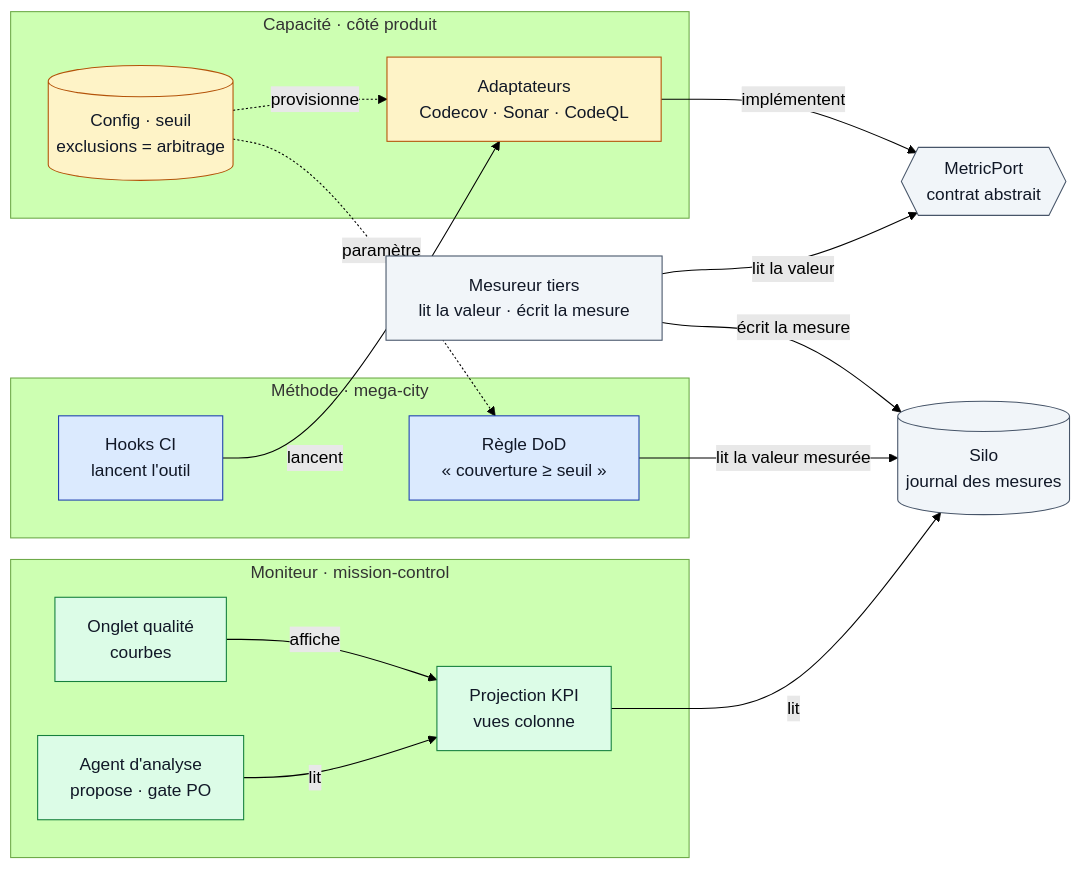
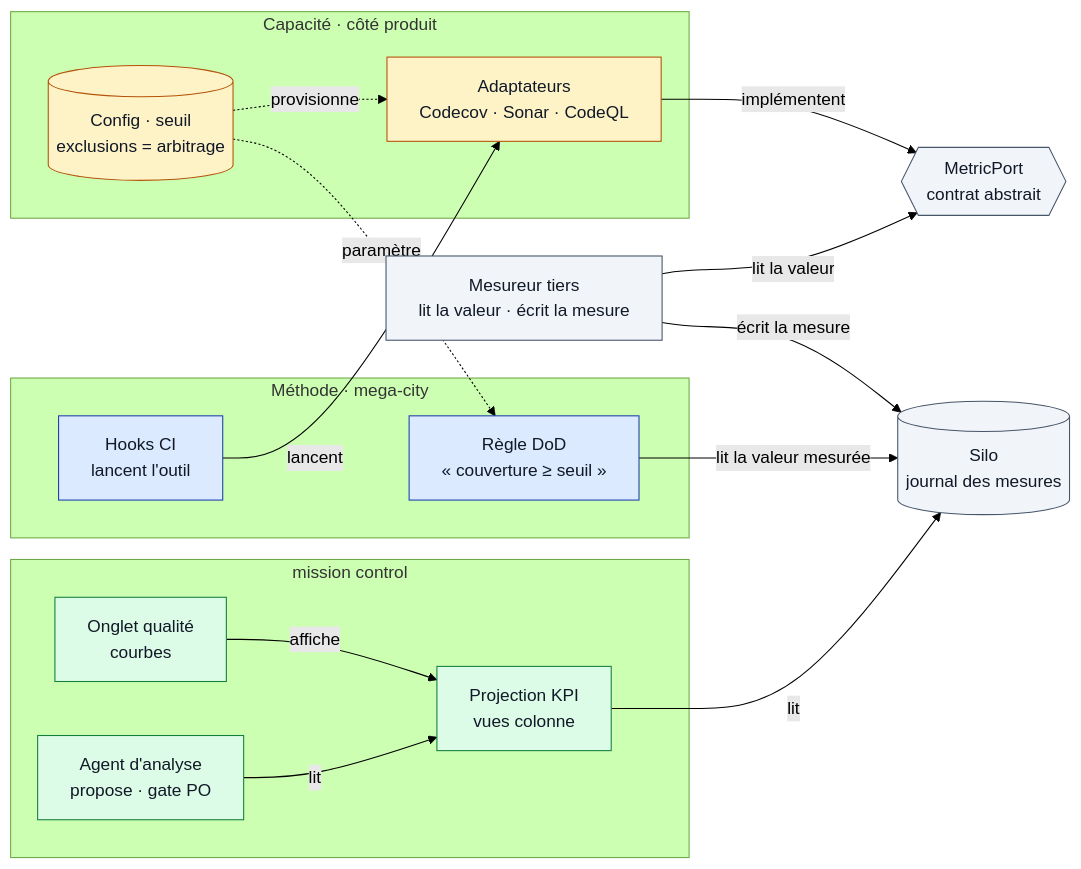
One commit to elzinko/vectorz changed the diagram in diagrams/qualite-composants/diagram.mmd. Above: the diagram before and after it, drawn with Mermaid (forest theme). The commit also changed 49 other files, not shown here.

```diff
--- a/diagrams/qualite-composants/diagram.mmd
+++ b/diagrams/qualite-composants/diagram.mmd
@@ -1,38 +1,38 @@
 flowchart LR
     classDef methode fill:#dbeafe,stroke:#1e40af,color:#111827;
     classDef produit fill:#fef3c7,stroke:#b45309,color:#111827;
     classDef moniteur fill:#dcfce7,stroke:#15803d,color:#111827;
     classDef neutre fill:#f1f5f9,stroke:#475569,color:#111827;
 
     subgraph MET[Méthode · mega-city]
         R["Règle DoD<br/>« couverture ≥ seuil »"]
         H["Hooks CI<br/>lancent l'outil"]
     end
     P{{"MetricPort<br/>contrat abstrait"}}
     subgraph CAP[Capacité · côté produit]
         A["Adaptateurs<br/>Codecov · Sonar · CodeQL"]
         C[("Config · seuil<br/>exclusions = arbitrage")]
     end
     T["Mesureur tiers<br/>lit la valeur · écrit la mesure"]
     S[("Silo<br/>journal des mesures")]
-    subgraph MON[Moniteur · mission-control]
+    subgraph MON[mission control]
         K["Projection KPI<br/>vues colonne"]
         U["Onglet qualité<br/>courbes"]
         AG["Agent d'analyse<br/>propose · gate PO"]
     end
 
     H -->|lancent| A
     A -->|implémentent| P
     T -->|lit la valeur| P
     T -->|écrit la mesure| S
     R -->|lit la valeur mesurée| S
     C -.->|paramètre| R
     C -.->|provisionne| A
     K -->|lit| S
     U -->|affiche| K
     AG -->|lit| K
 
     class R,H methode;
     class A,C produit;
     class K,U,AG moniteur;
     class P,S,T neutre;
```
